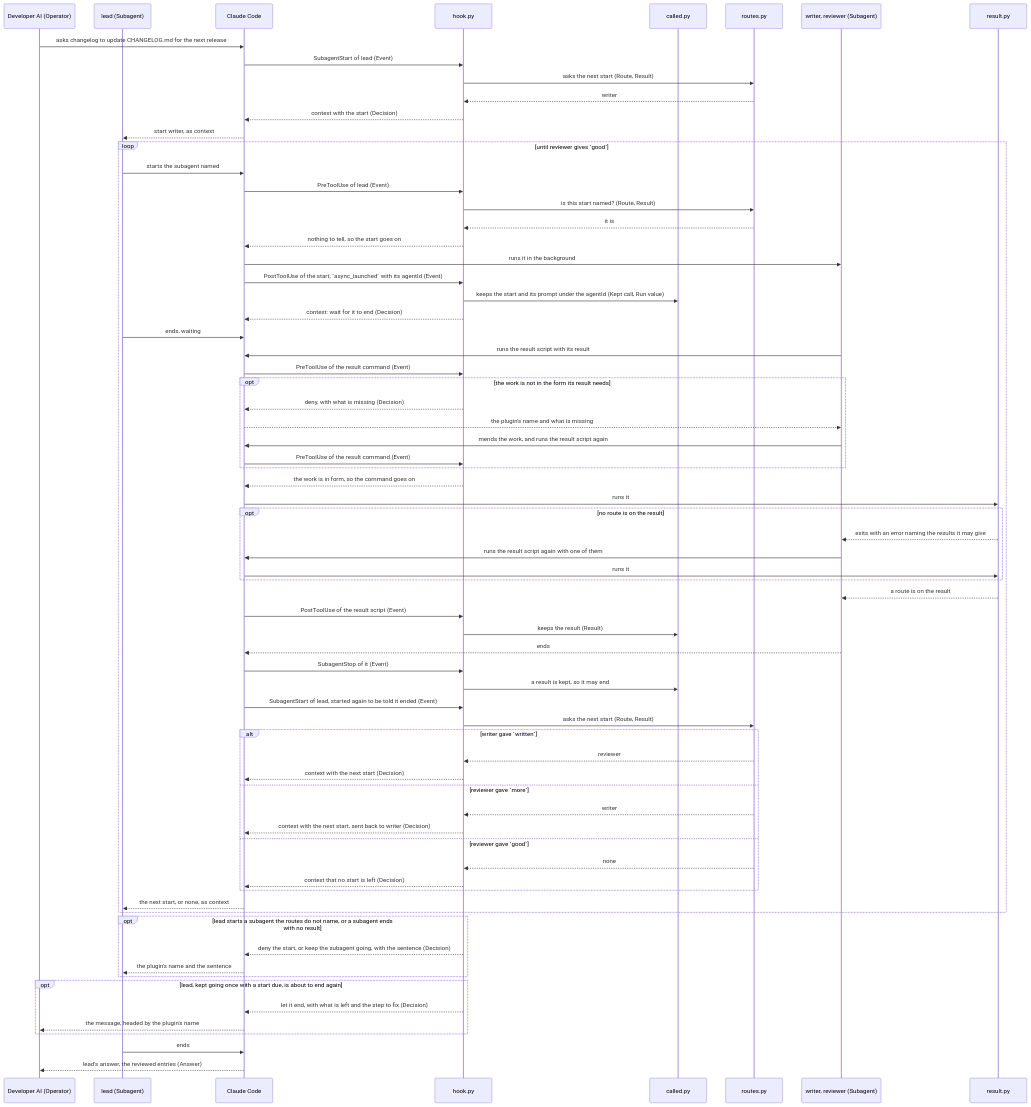
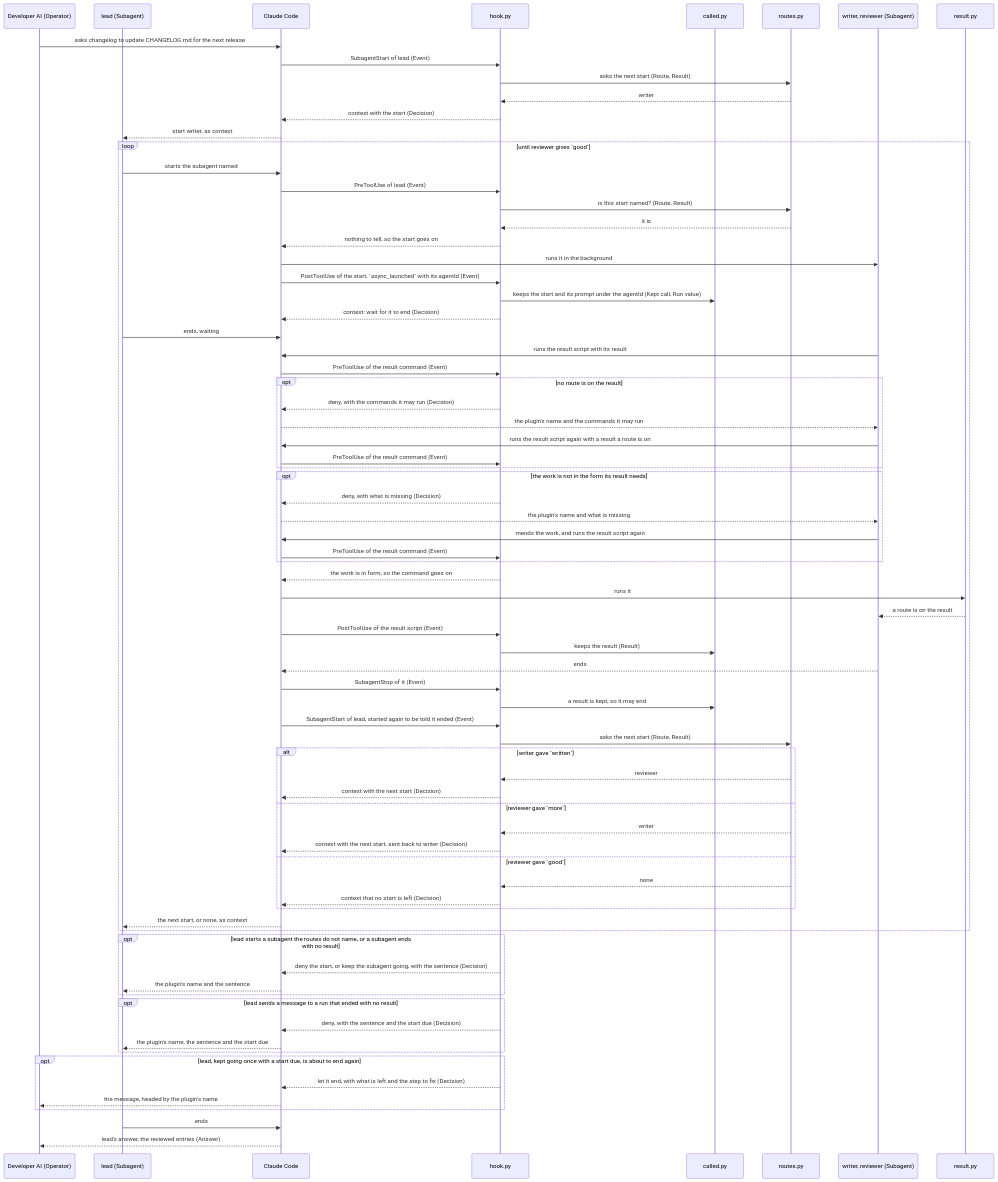
Before and after one commit to lovaizu/ccpm: the fifth of 7 diagrams in dev/lane/architecture.md, drawn with Mermaid. The commit also changed other lines of this file and 7 other files, not shown here.

````diff
--- a/dev/lane/architecture.md
+++ b/dev/lane/architecture.md
@@ -359,73 +362,78 @@
 ```mermaid
 sequenceDiagram
   participant OP as Developer AI (Operator)
   participant O as lead (Subagent)
   participant CC as Claude Code
   participant H as hook.py
   participant C as called.py
   participant RT as routes.py
   participant S as writer, reviewer (Subagent)
   participant RS as result.py
   OP->>CC: asks changelog to update CHANGELOG.md for the next release
   CC->>H: SubagentStart of lead (Event)
   H->>RT: asks the next start (Route, Result)
   RT-->>H: writer
   H-->>CC: context with the start (Decision)
   CC-->>O: start writer, as context
   loop until reviewer gives `good`
     O->>CC: starts the subagent named
     CC->>H: PreToolUse of lead (Event)
     H->>RT: is this start named? (Route, Result)
     RT-->>H: it is
     H-->>CC: nothing to tell, so the start goes on
     CC->>S: runs it in the background
     CC->>H: PostToolUse of the start, `async_launched` with its agentId (Event)
     H->>C: keeps the start and its prompt under the agentId (Kept call, Run value)
     H-->>CC: context: wait for it to end (Decision)
     O->>CC: ends, waiting
     S->>CC: runs the result script with its result
     CC->>H: PreToolUse of the result command (Event)
+    opt no route is on the result
+      H-->>CC: deny, with the commands it may run (Decision)
+      CC-->>S: the plugin's name and the commands it may run
+      S->>CC: runs the result script again with a result a route is on
+      CC->>H: PreToolUse of the result command (Event)
+    end
     opt the work is not in the form its result needs
       H-->>CC: deny, with what is missing (Decision)
       CC-->>S: the plugin's name and what is missing
       S->>CC: mends the work, and runs the result script again
       CC->>H: PreToolUse of the result command (Event)
     end
     H-->>CC: the work is in form, so the command goes on
     CC->>RS: runs it
-    opt no route is on the result
-      RS-->>S: exits with an error naming the results it may give
-      S->>CC: runs the result script again with one of them
-      CC->>RS: runs it
-    end
     RS-->>S: a route is on the result
     CC->>H: PostToolUse of the result script (Event)
     H->>C: keeps the result (Result)
     S-->>CC: ends
     CC->>H: SubagentStop of it (Event)
     H->>C: a result is kept, so it may end
     CC->>H: SubagentStart of lead, started again to be told it ended (Event)
     H->>RT: asks the next start (Route, Result)
     alt writer gave `written`
       RT-->>H: reviewer
       H-->>CC: context with the next start (Decision)
     else reviewer gave `more`
       RT-->>H: writer
       H-->>CC: context with the next start, sent back to writer (Decision)
     else reviewer gave `good`
       RT-->>H: none
       H-->>CC: context that no start is left (Decision)
     end
     CC-->>O: the next start, or none, as context
   end
   opt lead starts a subagent the routes do not name, or a subagent ends with no result
     H-->>CC: deny the start, or keep the subagent going, with the sentence (Decision)
     CC-->>O: the plugin's name and the sentence
   end
+  opt lead sends a message to a run that ended with no result
+    H-->>CC: deny, with the sentence and the start due (Decision)
+    CC-->>O: the plugin's name, the sentence and the start due
+  end
   opt lead, kept going once with a start due, is about to end again
     H-->>CC: let it end, with what is left and the step to fix (Decision)
     CC-->>OP: the message, headed by the plugin's name
   end
   O->>CC: ends
   CC-->>OP: lead's answer, the reviewed entries (Answer)
 ```
````
